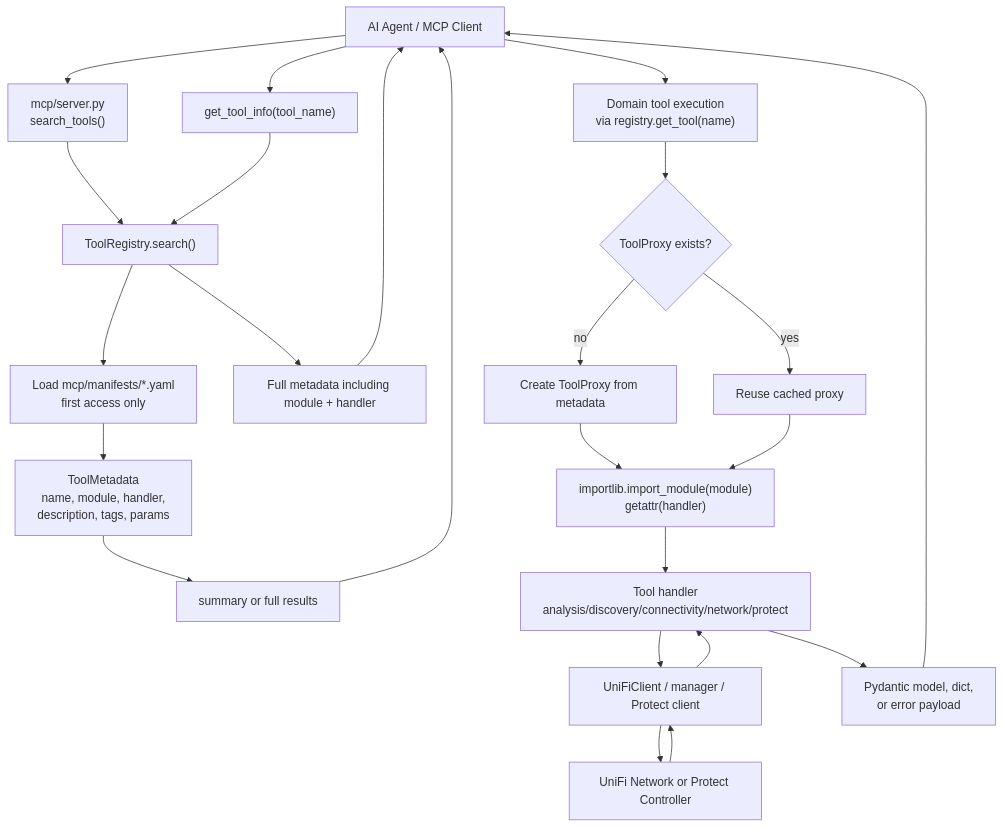
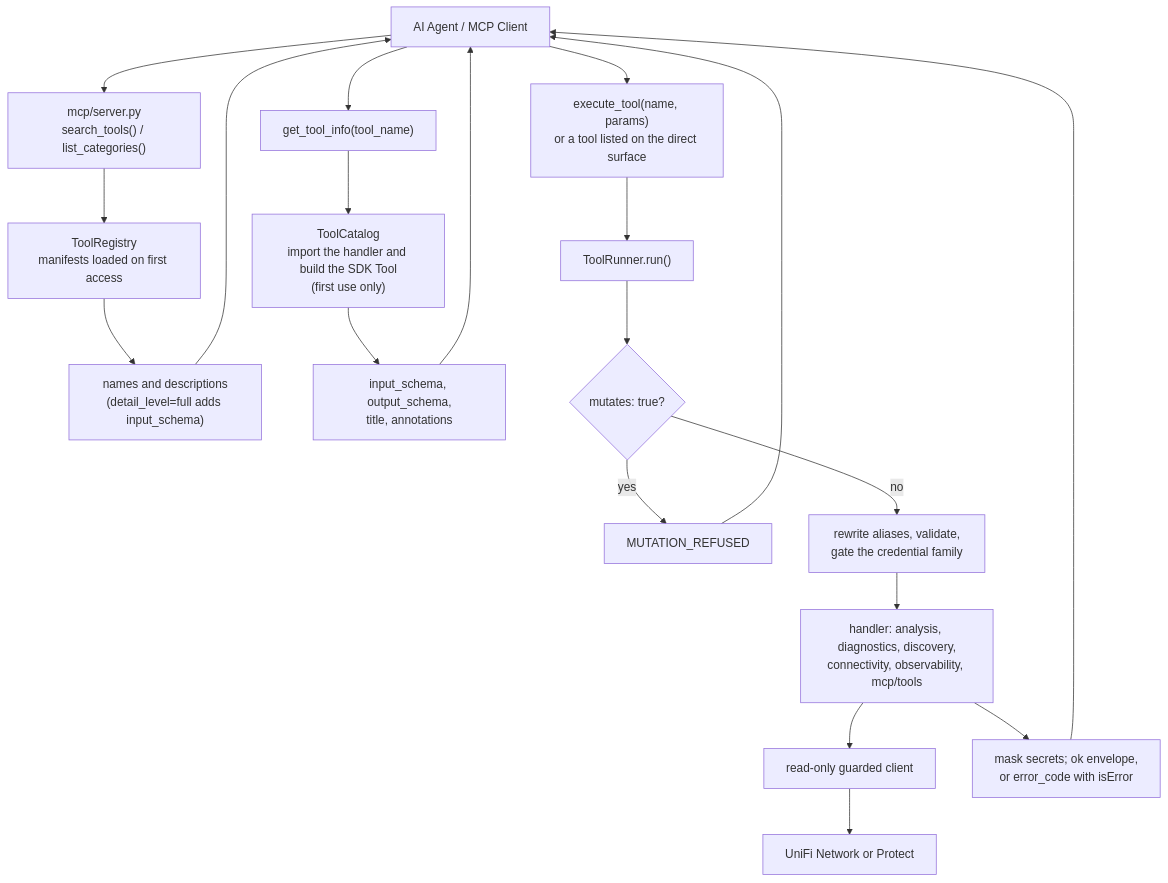
One commit to NetDevAutomate/unifi_management_cli changed diagram 14 of 16 in docs/architecture/codemap.md. Above: the diagram before and after it, drawn with Mermaid. The commit also changed other lines of this file, not shown here.

First line of the commit message:
docs(architecture): refresh the codemap

````diff
--- a/docs/architecture/codemap.md
+++ b/docs/architecture/codemap.md
@@ -1450,28 +1519,24 @@
 ```mermaid
 flowchart TB
-    Agent["AI Agent / MCP Client"] --> Search["mcp/server.py\nsearch_tools()"]
-    Search --> Registry["ToolRegistry.search()"]
-    Registry --> Load["Load mcp/manifests/*.yaml\nfirst access only"]
-    Load --> Metadata["ToolMetadata\nname, module, handler,\ndescription, tags, params"]
-    Metadata --> Results["summary or full results"]
+    Agent["AI Agent / MCP Client"] --> Search["mcp/server.py\nsearch_tools() / list_categories()"]
+    Search --> Registry["ToolRegistry\nmanifests loaded on first access"]
+    Registry --> Results["names and descriptions\n(detail_level=full adds input_schema)"]
     Results --> Agent
 
     Agent --> Info["get_tool_info(tool_name)"]
-    Info --> Registry
-    Registry --> Spec["Full metadata including module + handler"]
+    Info --> Catalog["ToolCatalog\nimport the handler and build the SDK Tool\n(first use only)"]
+    Catalog --> Spec["input_schema, output_schema,\ntitle, annotations"]
     Spec --> Agent
 
-    Agent --> Execute["Domain tool execution\nvia registry.get_tool(name)"]
-    Execute --> Proxy{"ToolProxy exists?"}
-    Proxy -->|no| Create["Create ToolProxy from metadata"]
-    Proxy -->|yes| Use["Reuse cached proxy"]
-    Create --> Import["importlib.import_module(module)\ngetattr(handler)"]
-    Use --> Import
-    Import --> Handler["Tool handler\nanalysis/discovery/connectivity/network/protect"]
-    Handler --> Client["UniFiClient / manager / Protect client"]
-    Client --> Controller["UniFi Network or Protect Controller"]
-    Controller --> Client
-    Client --> Handler
-    Handler --> Result["Pydantic model, dict,\nor error payload"]
-    Result --> Agent
+    Agent --> Call["execute_tool(name, params)\nor a tool listed on the direct surface"]
+    Call --> Runner["ToolRunner.run()"]
+    Runner --> Mutating{"mutates: true?"}
+    Mutating -->|yes| Refused["MUTATION_REFUSED"]
+    Mutating -->|no| Checks["rewrite aliases, validate,\ngate the credential family"]
+    Checks --> Handler["handler: analysis, diagnostics, discovery,\nconnectivity, observability, mcp/tools"]
+    Handler --> Guard["read-only guarded client"]
+    Guard --> Controller["UniFi Network or Protect"]
+    Handler --> Package["mask secrets; ok envelope,\nor error_code with isError"]
+    Package --> Agent
+    Refused --> Agent
 ```
````
